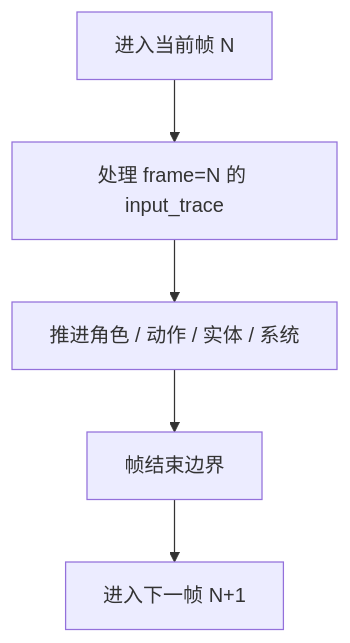
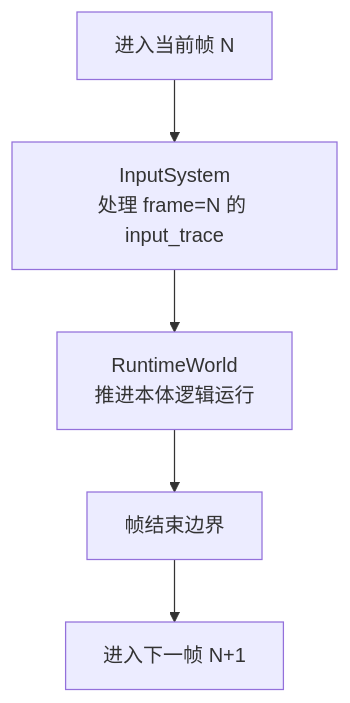
Before and after one commit to MCZME/Genshin-Simulation-Lab: the third of 4 diagrams in docs/架构/当前项目架构流程图.md, drawn with Mermaid. The commit also changed other lines of this file and 35 other files, not shown here.

````diff
--- a/docs/架构/当前项目架构流程图.md
+++ b/docs/架构/当前项目架构流程图.md
@@ -102,13 +107,13 @@
 ```mermaid
 flowchart TD
     START["进入当前帧 N"]
-    INPUT["处理 frame=N 的 input_trace"]
-    TICK["推进角色 / 动作 / 实体 / 系统"]
+    INPUT["InputSystem<br/>处理 frame=N 的 input_trace"]
+    TICK["RuntimeWorld<br/>推进本体逻辑运行"]
     FRAME_BOUNDARY["帧结束边界"]
     NEXT["进入下一帧 N+1"]
 
     START --> INPUT
     INPUT --> TICK
     TICK --> FRAME_BOUNDARY
     FRAME_BOUNDARY --> NEXT
 ```
````
